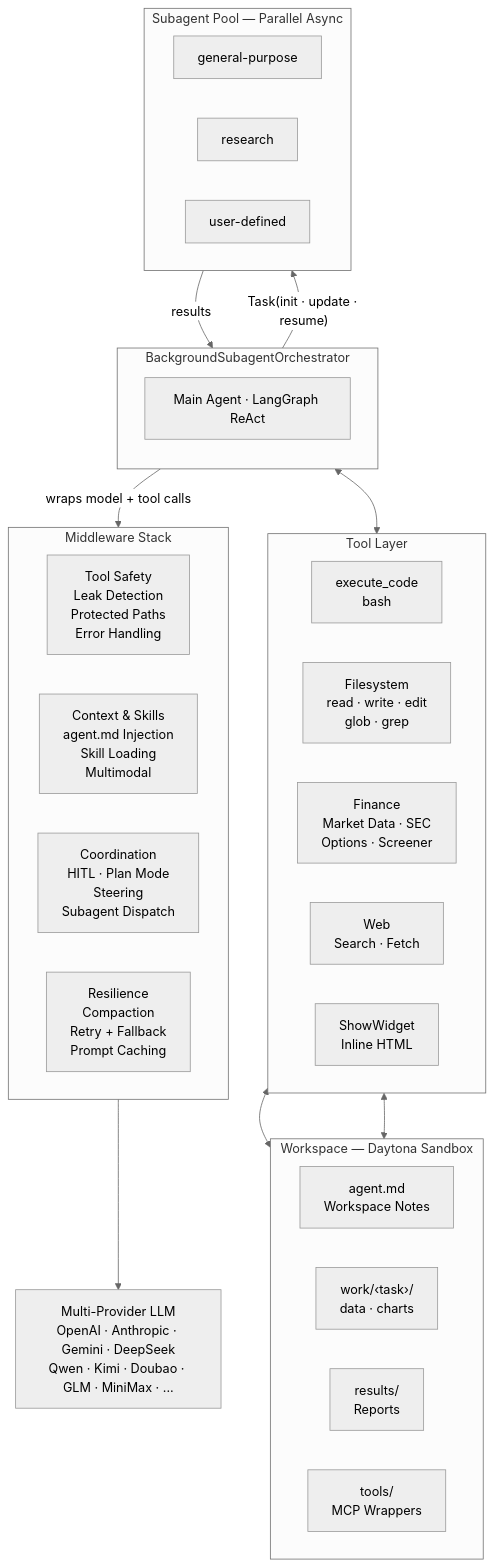
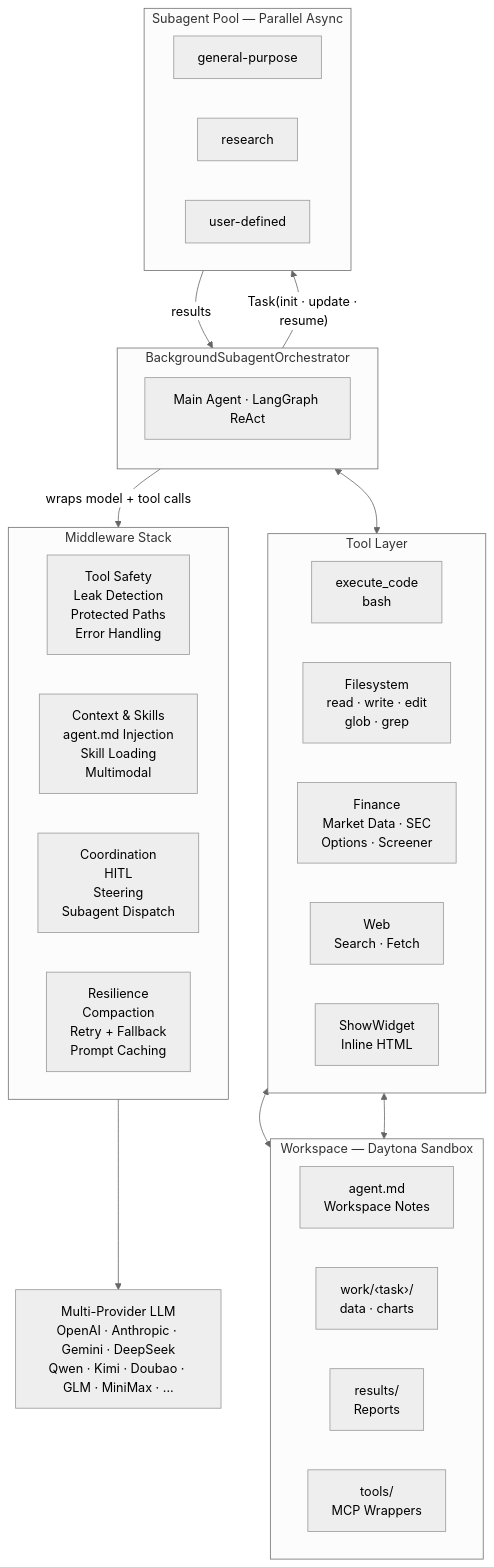
One commit to Mariot3/LangAlpha changed the third of 3 diagrams in docs/README.ja-JP.md. Above: the diagram before and after it, drawn with Mermaid. The commit also changed other lines of this file and 3 other files, not shown here.

First line of the commit message:
docs: drop plan mode, mark the todo list opt-in

````diff
--- a/docs/README.ja-JP.md
+++ b/docs/README.ja-JP.md
@@ -245,52 +245,52 @@
 ```mermaid
 %%{init: {'theme': 'neutral'}}%%
 
 flowchart TB
     subgraph Orchestrator ["BackgroundSubagentOrchestrator"]
         direction TB
         Agent["Main Agent · LangGraph ReAct"]
     end
 
     Agent -- "Task(init · update · resume)" --> SubPool
     SubPool -- "results" --> Orchestrator
 
     subgraph SubPool ["Subagent Pool — Parallel Async"]
         direction LR
         S1["general-purpose"]
         S2["research"]
         S3["user-defined"]
     end
 
     subgraph Middleware ["Middleware Stack"]
         direction LR
         MW1["Tool Safety<br/>Leak Detection<br/>Protected Paths<br/>Error Handling"]
         MW2["Context & Skills<br/>agent.md Injection<br/>Skill Loading<br/>Multimodal"]
-        MW3["Coordination<br/>HITL · Plan Mode<br/>Steering<br/>Subagent Dispatch"]
+        MW3["Coordination<br/>HITL<br/>Steering<br/>Subagent Dispatch"]
         MW4["Resilience<br/>Compaction<br/>Retry + Fallback<br/>Prompt Caching"]
     end
 
     Agent -- "wraps model + tool calls" --> Middleware
     Middleware --> LLM["Multi-Provider LLM<br/>OpenAI · Anthropic · Gemini · DeepSeek<br/>Qwen · Kimi · Doubao · GLM · MiniMax · ..."]
 
     Agent <--> Tools
 
     subgraph Tools ["Tool Layer"]
         direction LR
         T1["execute_code<br/>bash"]
         T2["Filesystem<br/>read · write · edit<br/>glob · grep"]
         T3["Finance<br/>Market Data · SEC<br/>Options · Screener"]
         T4["Web<br/>Search · Fetch"]
         T5["ShowWidget<br/>Inline HTML"]
     end
 
     T1 <--> Workspace
     T2 <--> Workspace
 
     subgraph Workspace ["Workspace — Daytona Sandbox"]
         direction LR
         W1["agent.md<br/>Workspace Notes"]
         W2["work/‹task›/<br/>data · charts"]
         W3["results/<br/>Reports"]
         W4["tools/<br/>MCP Wrappers"]
     end
 ```
````
